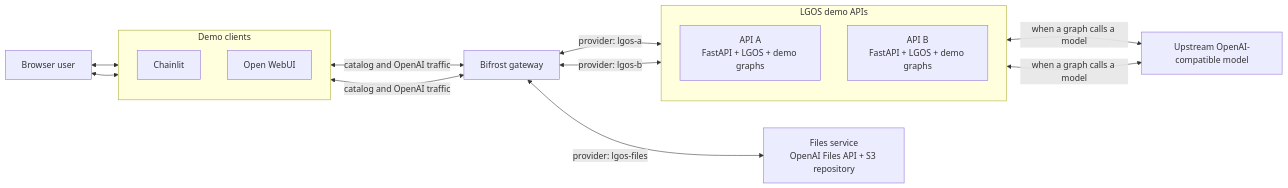
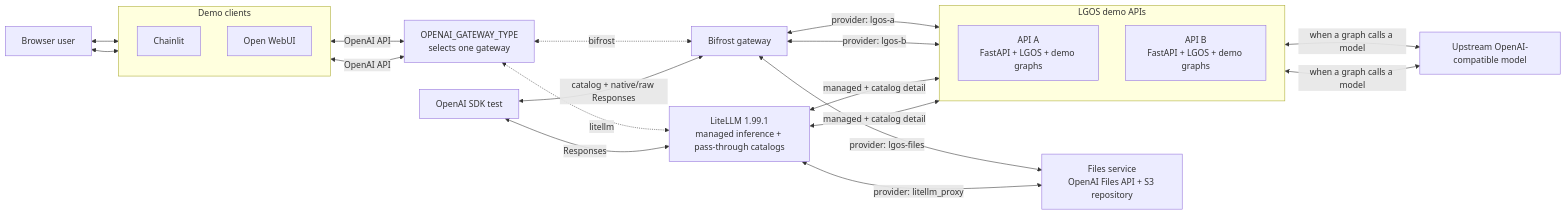
The first of 2 diagrams in docs/demo/architecture.md (ilkersigirci/langgraph-openai-serve), drawn with Mermaid before and after one commit. The commit also changed other lines of this file and 191 other files, not shown here.

First line of the commit message:
feat: openai responses api initial implementation

````diff
--- a/docs/demo/architecture.md
+++ b/docs/demo/architecture.md
@@ -12,32 +25,42 @@
 ```mermaid
 flowchart LR
   user["Browser user"]
 
   subgraph clients["Demo clients"]
     direction TB
     chainlit["Chainlit"]
     openwebui["Open WebUI"]
   end
 
   bifrost["Bifrost gateway"]
+  litellm["LiteLLM 1.99.1<br/>managed inference + pass-through catalogs"]
+  gateway["OPENAI_GATEWAY_TYPE<br/>selects one gateway"]
+  sdk["OpenAI SDK test"]
 
   subgraph apis["LGOS demo APIs"]
     direction TB
     api_a["API A<br/>FastAPI + LGOS + demo graphs"]
     api_b["API B<br/>FastAPI + LGOS + demo graphs"]
   end
 
   files["Files service<br/>OpenAI Files API + S3 repository"]
 
   model["Upstream OpenAI-compatible model"]
 
   user <--> chainlit
   user <--> openwebui
-  chainlit <-->|"catalog and OpenAI traffic"| bifrost
-  openwebui <-->|"catalog and OpenAI traffic"| bifrost
+  chainlit <-->|"OpenAI API"| gateway
+  openwebui <-->|"OpenAI API"| gateway
+  gateway <-.->|"bifrost"| bifrost
+  gateway <-.->|"litellm"| litellm
+  sdk <-->|"catalog + native/raw Responses"| bifrost
+  sdk <-->|"Responses"| litellm
   bifrost <-->|"provider: lgos-a"| api_a
   bifrost <-->|"provider: lgos-b"| api_b
   bifrost <-->|"provider: lgos-files"| files
+  litellm <-->|"managed + catalog detail"| api_a
+  litellm <-->|"managed + catalog detail"| api_b
+  litellm <-->|"provider: litellm_proxy"| files
   api_a <-->|"when a graph calls a model"| model
   api_b <-->|"when a graph calls a model"| model
 ```
````
